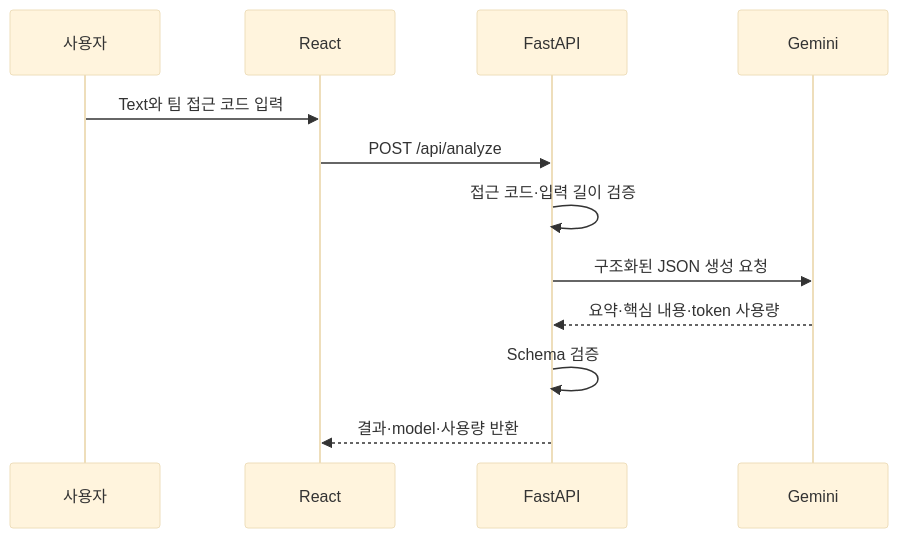
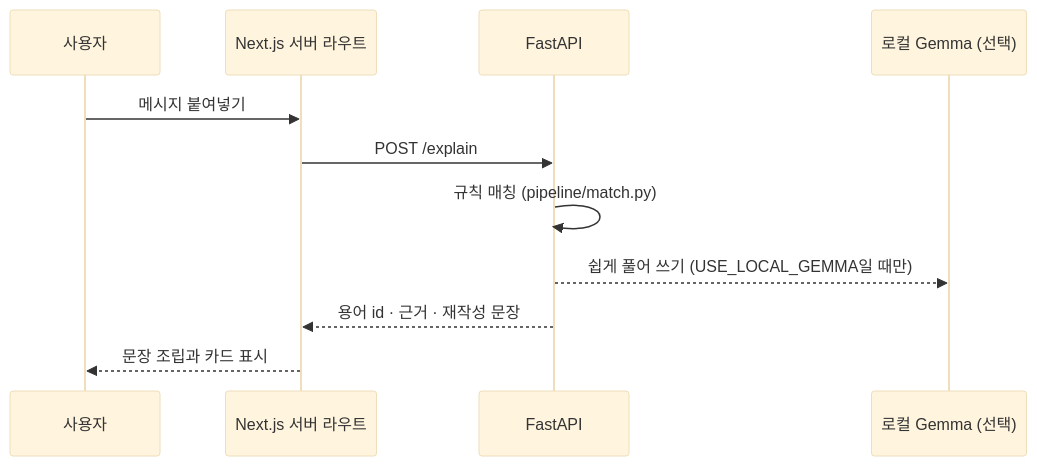
Before and after one commit to Sihyeon-Ji/trend-interpreter: the second of 3 diagrams in docs/운영/시스템-아키텍처.md, drawn with Mermaid (base theme). The commit also changed other lines of this file and 49 other files, not shown here.

````diff
--- a/docs/운영/시스템-아키텍처.md
+++ b/docs/운영/시스템-아키텍처.md
@@ -48,15 +56,14 @@
 ```mermaid
 sequenceDiagram
   participant U as 사용자
-  participant W as React
+  participant W as Next.js 서버 라우트
   participant A as FastAPI
-  participant G as Gemini
+  participant L as 로컬 Gemma (선택)
 
-  U->>W: Text와 팀 접근 코드 입력
-  W->>A: POST /api/analyze
-  A->>A: 접근 코드·입력 길이 검증
-  A->>G: 구조화된 JSON 생성 요청
-  G-->>A: 요약·핵심 내용·token 사용량
-  A->>A: Schema 검증
-  A-->>W: 결과·model·사용량 반환
+  U->>W: 메시지 붙여넣기
+  W->>A: POST /explain
+  A->>A: 규칙 매칭 (pipeline/match.py)
+  A-->>L: 쉽게 풀어 쓰기 (USE_LOCAL_GEMMA일 때만)
+  A-->>W: 용어 id · 근거 · 재작성 문장
+  W-->>U: 문장 조립과 카드 표시
 ```
````
